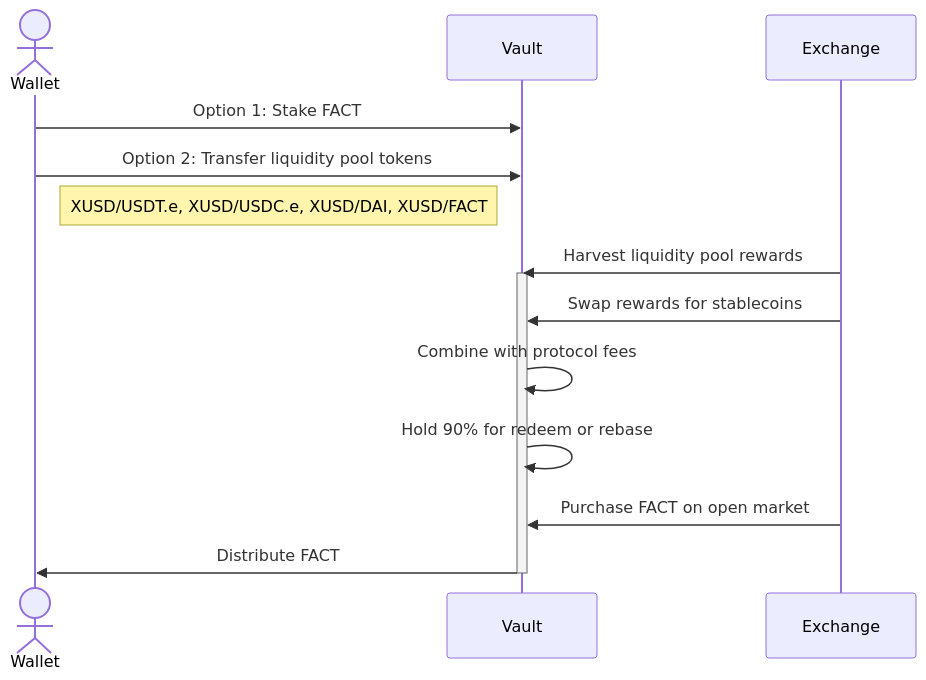
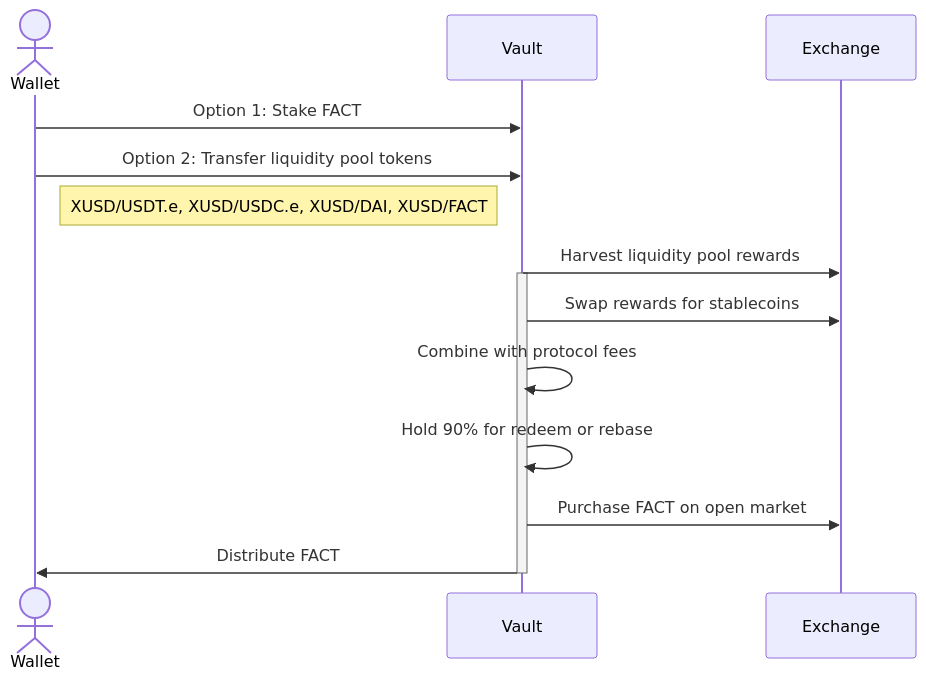
Before and after one commit to factor-finance/xusd-docs: the fourth of 4 diagrams in docs/tokenomics.md, drawn with Mermaid. The commit also changed other lines of this file, not shown here.

Commit message:
diagram tweaks

````diff
--- a/docs/tokenomics.md
+++ b/docs/tokenomics.md
@@ -73,18 +71,18 @@
 ```mermaid
     %%{init: { 'theme': dark' } }%%
 sequenceDiagram
     actor Wallet
     participant Vault
     participant Exchange
 
     Wallet->>Vault: Option 1: Stake FACT
     Wallet->>Vault: Option 2: Transfer liquidity pool tokens
     note right of Wallet: XUSD/USDT.e, XUSD/USDC.e, XUSD/DAI, XUSD/FACT
-    Exchange->>Vault: Harvest liquidity pool rewards
+    Vault->>Exchange: Harvest liquidity pool rewards
     activate Vault
-    Exchange->>Vault: Swap rewards for stablecoins
+    Vault->>Exchange: Swap rewards for stablecoins
     Vault->>Vault: Combine with protocol fees
     Vault->>Vault: Hold 90% for redeem or rebase
-    Exchange->>Vault: Purchase FACT on open market
+    Vault->>Exchange: Purchase FACT on open market
     Vault->>-Wallet: Distribute FACT
 ```
````
